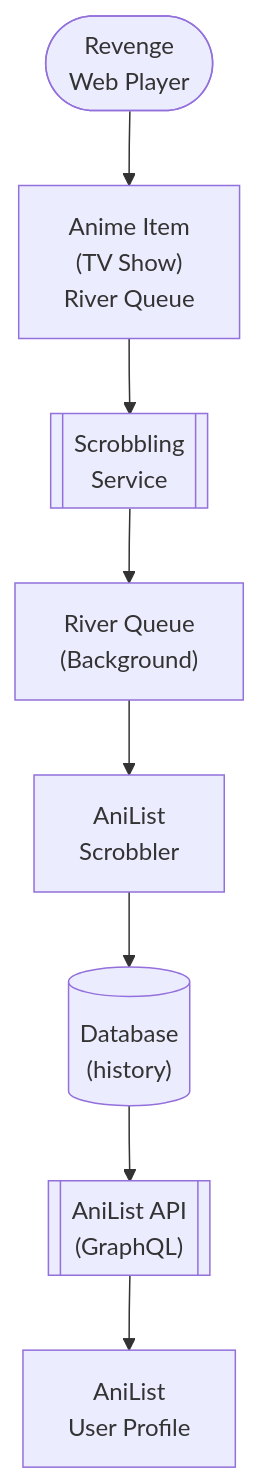
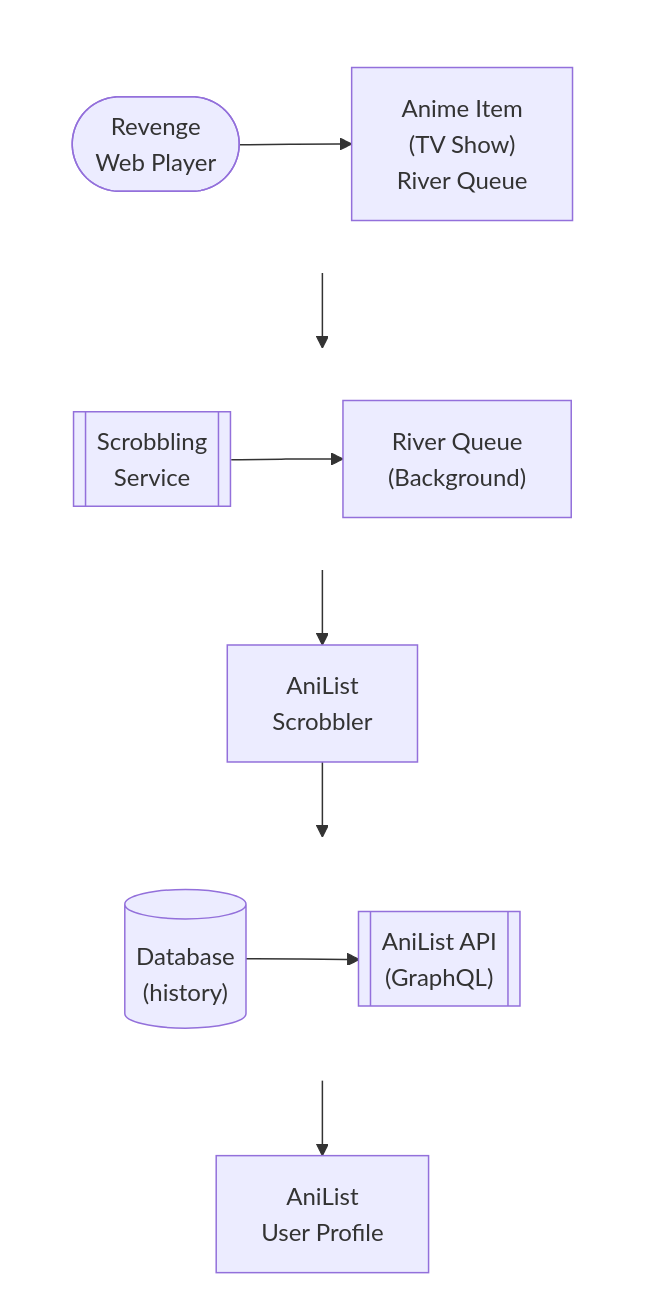
The diagram in docs/dev/design/integrations/anime/ANILIST.md (lusoris/revenge), drawn with Mermaid before and after one commit. The commit also changed 210 other files, not shown here.

First line of the commit message:
feat(docs): Add horizontal layout support for Mermaid diagrams

````diff
--- a/docs/dev/design/integrations/anime/ANILIST.md
+++ b/docs/dev/design/integrations/anime/ANILIST.md
@@ -63,18 +63,32 @@
 ```mermaid
 flowchart TD
-    node1(["Revenge<br/>Web Player"])
-    node2["Anime Item<br/>(TV Show)<br/>River Queue"]
-    node3[["Scrobbling<br/>Service"]]
-    node4["River Queue<br/>(Background)"]
+    subgraph row1[ ]
+        direction LR
+        node1(["Revenge<br/>Web Player"])
+        node2["Anime Item<br/>(TV Show)<br/>River Queue"]
+    end
+    subgraph row2[ ]
+        direction LR
+        node3[["Scrobbling<br/>Service"]]
+        node4["River Queue<br/>(Background)"]
+    end
     node5["AniList<br/>Scrobbler"]
-    node6[("Database<br/>(history)")]
-    node7[["AniList API<br/>(GraphQL)"]]
+    subgraph row3[ ]
+        direction LR
+        node6[("Database<br/>(history)")]
+        node7[["AniList API<br/>(GraphQL)"]]
+    end
     node8["AniList<br/>User Profile"]
     node1 --> node2
     node3 --> node4
     node6 --> node7
     node2 --> node3
     node4 --> node5
     node5 --> node6
     node7 --> node8
+
+    %% Hide row subgraph borders
+    style row1 fill:transparent,stroke:transparent
+    style row2 fill:transparent,stroke:transparent
+    style row3 fill:transparent,stroke:transparent
 ```
````
